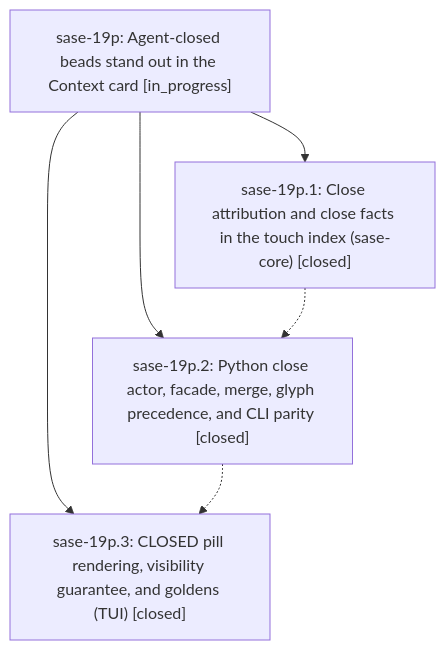
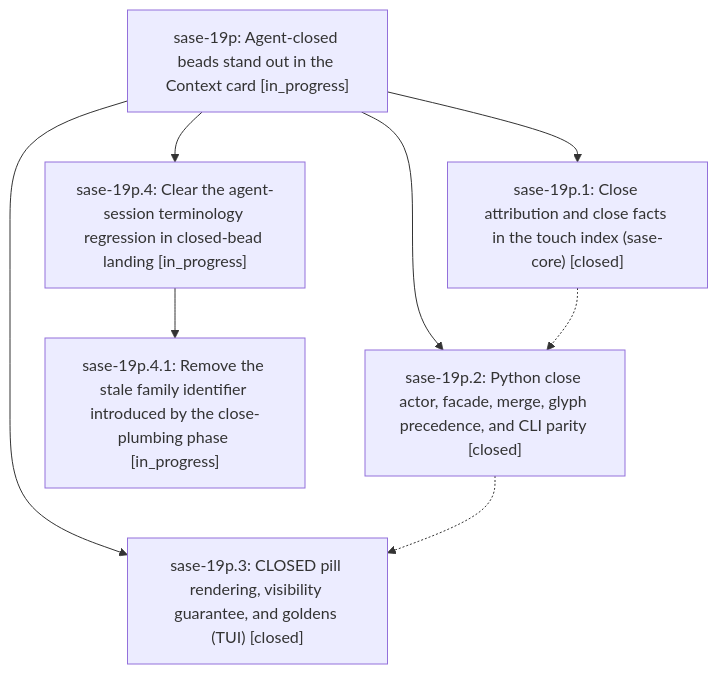
Before and after one commit to sase-org/sase--beads: the diagram in pages/sase-19p/README.md, drawn with Mermaid. The commit also changed other lines of this file and 4 other files, not shown here.

First line of the commit message:
chore(beads): sync bead state and pages for sase-19p

````diff
--- a/pages/sase-19p/README.md
+++ b/pages/sase-19p/README.md
@@ -28,12 +30,16 @@
 ```mermaid
 flowchart TD
     n0["sase-19p: Agent-closed beads stand out in the Context card [in_progress]"]
     n1["sase-19p.1: Close attribution and close facts in the touch index (sase-core) [closed]"]
     n2["sase-19p.2: Python close actor, facade, merge, glyph precedence, and CLI parity [closed]"]
     n3["sase-19p.3: CLOSED pill rendering, visibility guarantee, and goldens (TUI) [closed]"]
+    n4["sase-19p.4: Clear the agent-session terminology regression in closed-bead landing [in_progress]"]
+    n5["sase-19p.4.1: Remove the stale family identifier introduced by the close-plumbing phase [in_progress]"]
     n0 --> n1
     n0 --> n2
     n0 --> n3
+    n0 --> n4
+    n4 --> n5
     n1 -.-> n2
     n2 -.-> n3
 ```
````
